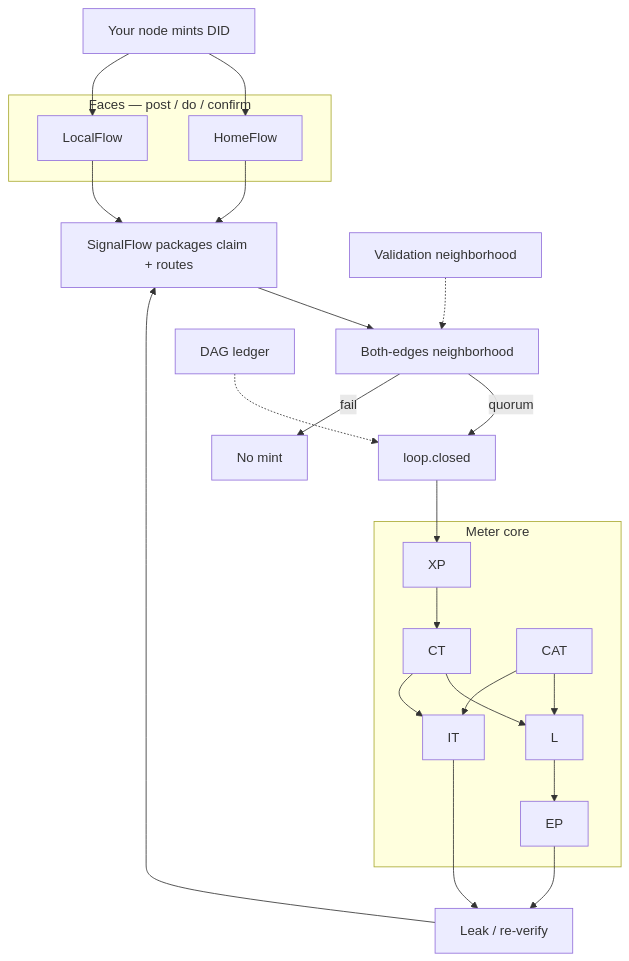
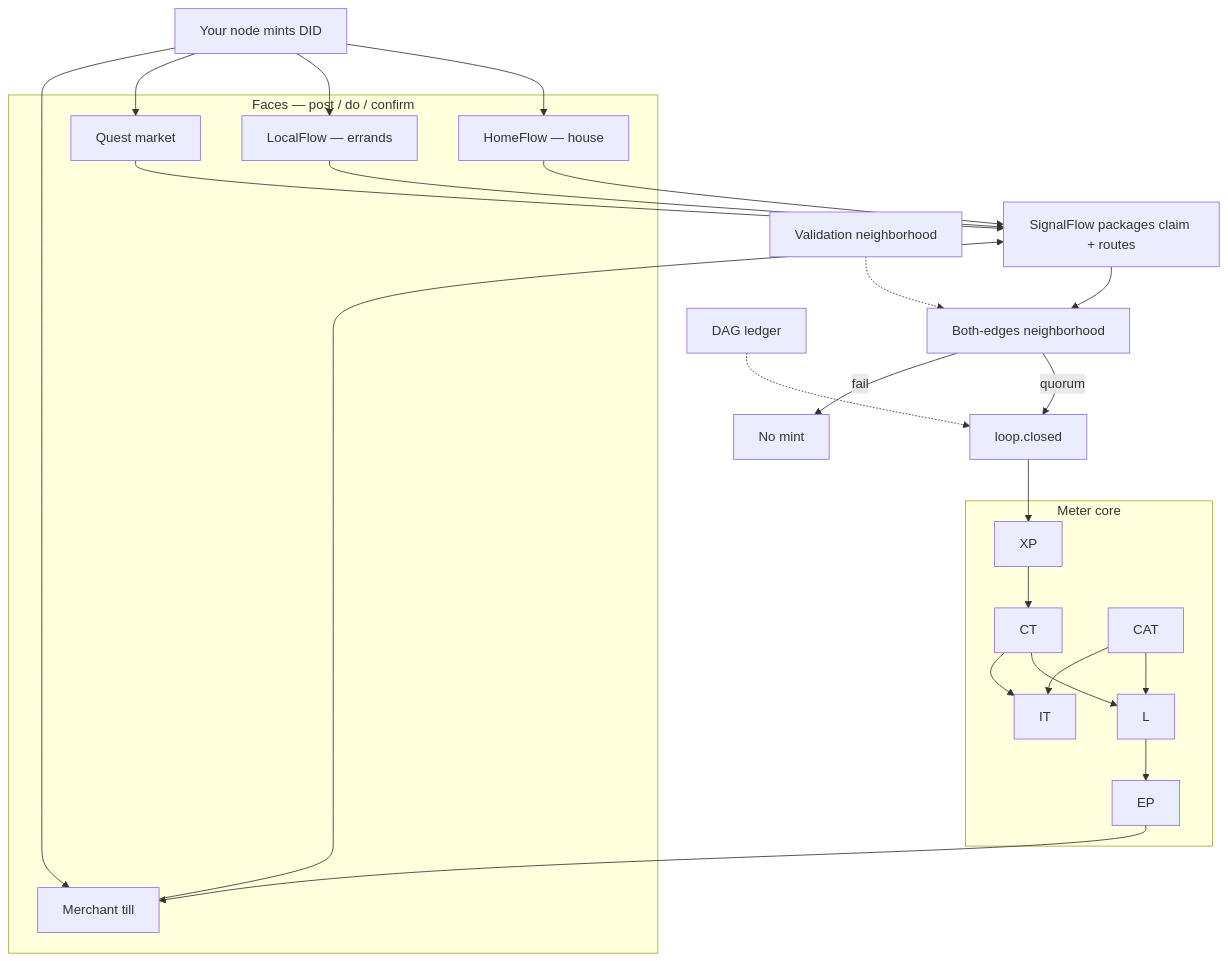
The diagram in DIAGRAM.md (00ranman/extropy-engine), drawn with Mermaid before and after one commit. The commit also changed other lines of this file and 8 other files, not shown here.

First line of the commit message:
Omit grants from architecture diagrams.

````diff
--- a/DIAGRAM.md
+++ b/DIAGRAM.md
@@ -31,35 +33,39 @@
 ```mermaid
 flowchart TB
   NODE[Your node mints DID] --> HF
   NODE --> LF
+  NODE --> QM
+  NODE --> TILL
   subgraph FACES[Faces — post / do / confirm]
-    HF[HomeFlow]
-    LF[LocalFlow]
+    HF[HomeFlow — house]
+    LF[LocalFlow — errands]
+    QM[Quest market]
+    TILL[Merchant till]
   end
   HF --> SF
   LF --> SF
+  QM --> SF
+  TILL --> SF
   SF[SignalFlow packages claim + routes]
   SF --> VERIFY[Both-edges neighborhood]
   VERIFY -->|quorum| CLOSE[loop.closed]
   VERIFY -->|fail| NOMINT[No mint]
   CLOSE --> XP
   subgraph CORE[Meter core]
     XP[XP]
     CT[CT]
     L[L]
     EP[EP]
     CAT[CAT]
     IT[IT]
   end
   XP --> CT
   CT --> L
   CAT --> L
   L --> EP
   CT --> IT
   CAT --> IT
-  EP --> LEAK[Leak / re-verify]
-  IT --> LEAK
-  LEAK --> SF
+  EP --> TILL
   DAG[DAG ledger] -.-> CLOSE
   VN[Validation neighborhood] -.-> VERIFY
 ```
````
